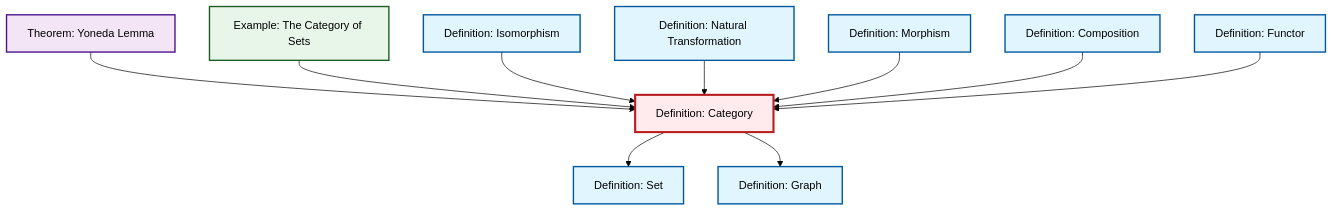
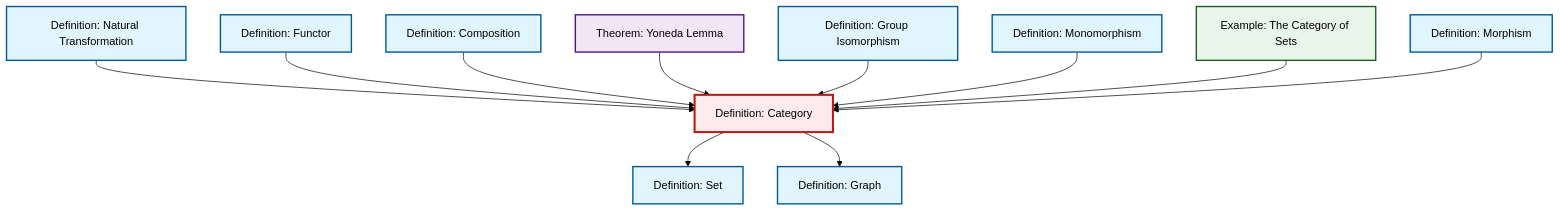
The diagram in content/ja/category-theory/def-category.qmd (RK0429/ModernMath), drawn with Mermaid (forest theme) before and after one commit. The commit also changed 581 other files, not shown here.

````diff
--- a/content/ja/category-theory/def-category.qmd
+++ b/content/ja/category-theory/def-category.qmd
@@ -48,38 +48,41 @@
 ```{mermaid}
 %%| fig-cap: "Local dependency graph"
 graph TD
     classDef definition fill:#e1f5fe,stroke:#01579b,stroke-width:2px
     classDef theorem fill:#f3e5f5,stroke:#4a148c,stroke-width:2px
     classDef axiom fill:#fff3e0,stroke:#e65100,stroke-width:2px
     classDef example fill:#e8f5e9,stroke:#1b5e20,stroke-width:2px
     classDef current fill:#ffebee,stroke:#b71c1c,stroke-width:3px
+    ex-set-category["Example: The Category of Sets"]:::example
+    def-graph["Definition: Graph"]:::definition
+    thm-yoneda["Theorem: Yoneda Lemma"]:::theorem
+    def-morphism["Definition: Morphism"]:::definition
+    def-category["Definition: Category"]:::definition
+    def-monomorphism["Definition: Monomorphism"]:::definition
+    def-natural-transformation["Definition: Natural Transformation"]:::definition
+    def-isomorphism["Definition: Group Isomorphism"]:::definition
+    def-composition["Definition: Composition"]:::definition
+    def-set["Definition: Set"]:::definition
     def-functor["Definition: Functor"]:::definition
-    ex-set-category["Example: The Category of Sets"]:::example
-    def-category["Definition: Category"]:::definition
-    def-natural-transformation["Definition: Natural Transformation"]:::definition
-    thm-yoneda["Theorem: Yoneda Lemma"]:::theorem
-    def-set["Definition: Set"]:::definition
-    def-composition["Definition: Composition"]:::definition
-    def-isomorphism["Definition: Isomorphism"]:::definition
-    def-morphism["Definition: Morphism"]:::definition
-    def-graph["Definition: Graph"]:::definition
+    def-natural-transformation --> def-category
+    def-functor --> def-category
+    def-composition --> def-category
+    def-category --> def-set
     thm-yoneda --> def-category
+    def-category --> def-graph
+    def-isomorphism --> def-category
+    def-monomorphism --> def-category
     ex-set-category --> def-category
-    def-category --> def-set
-    def-isomorphism --> def-category
-    def-natural-transformation --> def-category
     def-morphism --> def-category
-    def-composition --> def-category
-    def-functor --> def-category
-    def-category --> def-graph
     class def-category current
+    click ex-set-category "ex-set-category.html" "Example: The Category of Setsへ"
+    click def-graph "def-graph.html" "Definition: Graphへ"
+    click thm-yoneda "thm-yoneda.html" "Theorem: Yoneda Lemmaへ"
+    click def-morphism "def-morphism.html" "Definition: Morphismへ"
+    click def-monomorphism "def-monomorphism.html" "Definition: Monomorphismへ"
+    click def-natural-transformation "def-natural-transformation.html" "Definition: Natural Transformationへ"
+    click def-isomorphism "def-isomorphism.html" "Definition: Group Isomorphismへ"
+    click def-composition "def-composition.html" "Definition: Compositionへ"
+    click def-set "def-set.html" "Definition: Setへ"
     click def-functor "def-functor.html" "Definition: Functorへ"
-    click ex-set-category "ex-set-category.html" "Example: The Category of Setsへ"
-    click def-natural-transformation "def-natural-transformation.html" "Definition: Natural Transformationへ"
-    click thm-yoneda "thm-yoneda.html" "Theorem: Yoneda Lemmaへ"
-    click def-set "def-set.html" "Definition: Setへ"
-    click def-composition "def-composition.html" "Definition: Compositionへ"
-    click def-isomorphism "def-isomorphism.html" "Definition: Isomorphismへ"
-    click def-morphism "def-morphism.html" "Definition: Morphismへ"
-    click def-graph "def-graph.html" "Definition: Graphへ"
 ```
````
